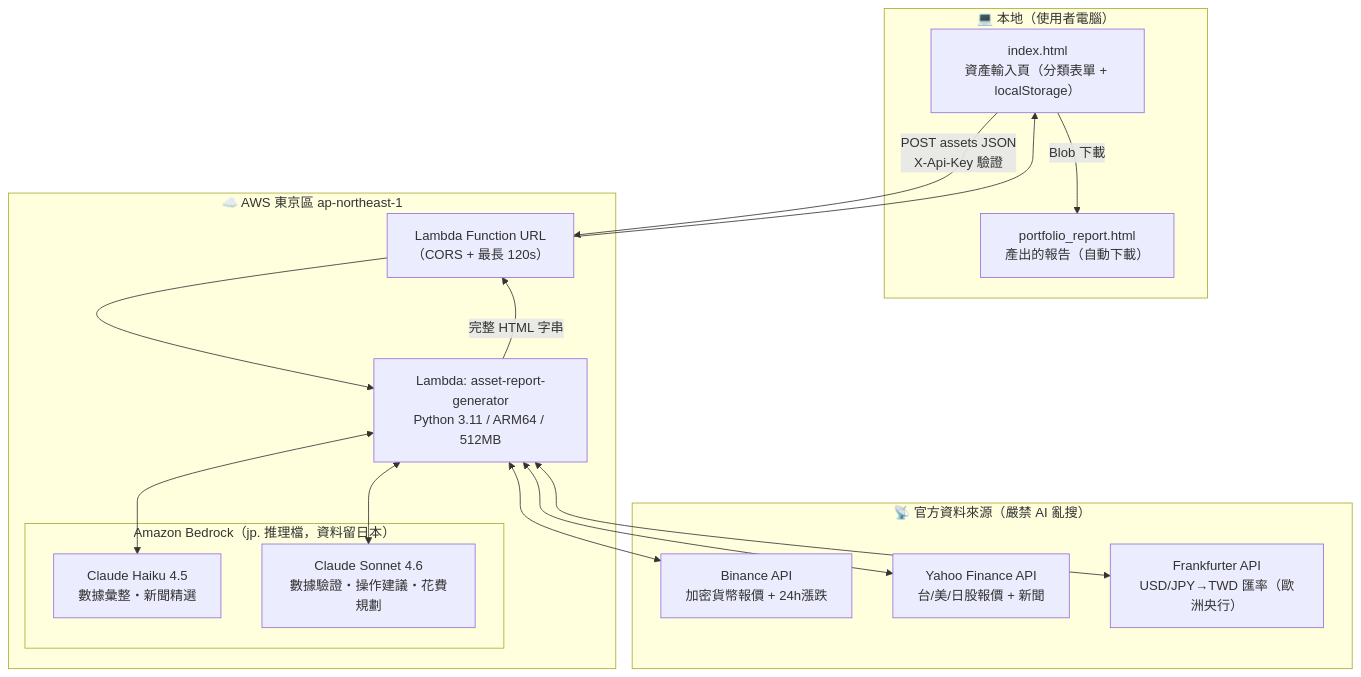
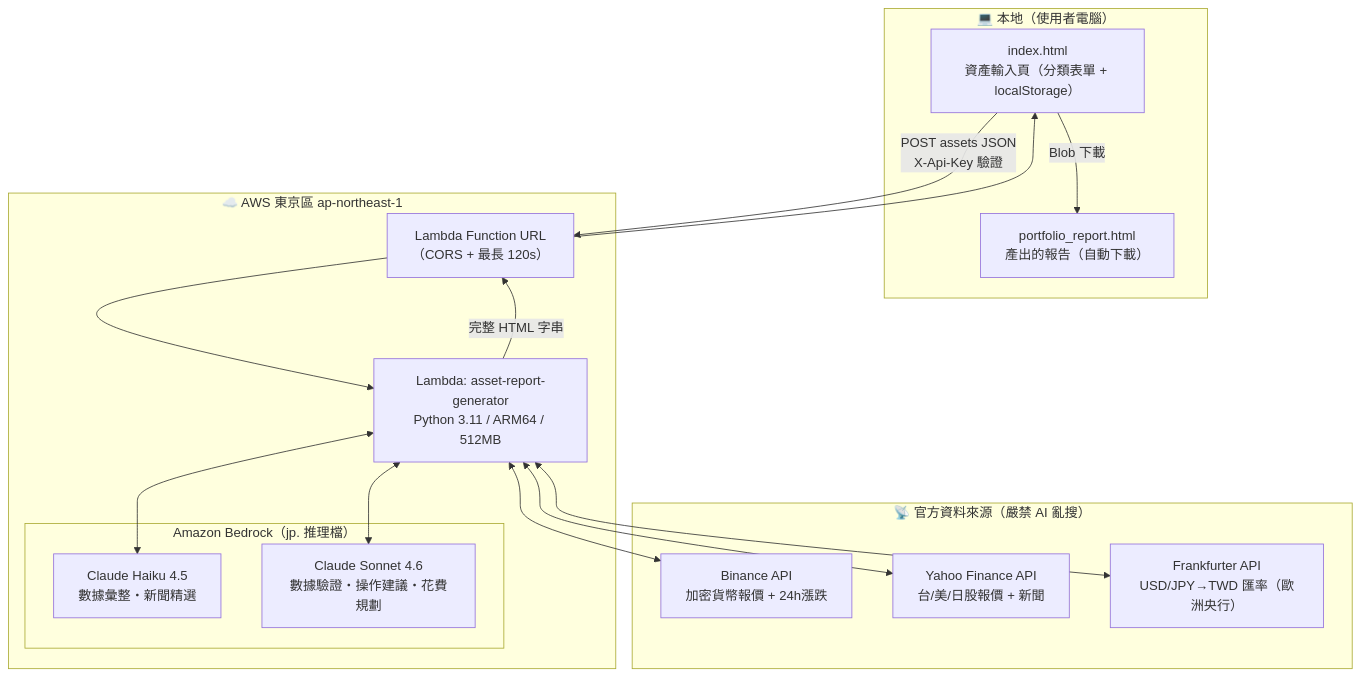
Before and after one commit to burma2005/asset-report-bot: the first of 2 diagrams in README.md, drawn with Mermaid. The commit also changed other lines of this file, not shown here.

````diff
--- a/README.md
+++ b/README.md
@@ -10,30 +10,30 @@
 ```mermaid
 flowchart TB
     subgraph Local["💻 本地（使用者電腦）"]
         UI["index.html<br/>資產輸入頁（分類表單 + localStorage）"]
         RPT["portfolio_report.html<br/>產出的報告（自動下載）"]
     end
 
     subgraph AWS["☁️ AWS 東京區 ap-northeast-1"]
         FURL["Lambda Function URL<br/>（CORS + 最長 120s）"]
         LB["Lambda: asset-report-generator<br/>Python 3.11 / ARM64 / 512MB"]
 
-        subgraph Bedrock["Amazon Bedrock（jp. 推理檔，資料留日本）"]
+        subgraph Bedrock["Amazon Bedrock（jp. 推理檔）"]
             HK["Claude Haiku 4.5<br/>數據彙整・新聞精選"]
             SN["Claude Sonnet 4.6<br/>數據驗證・操作建議・花費規劃"]
         end
     end
 
     subgraph APIs["📡 官方資料來源（嚴禁 AI 亂搜）"]
         BN["Binance API<br/>加密貨幣報價 + 24h漲跌"]
         YF["Yahoo Finance API<br/>台/美/日股報價 + 新聞"]
         FK["Frankfurter API<br/>USD/JPY→TWD 匯率（歐洲央行）"]
     end
 
     UI -- "POST assets JSON<br/>X-Api-Key 驗證" --> FURL
     FURL --> LB
     LB <--> BN & YF & FK
     LB <--> HK & SN
     LB -- "完整 HTML 字串" --> FURL --> UI
     UI -- "Blob 下載" --> RPT
 ```
````
